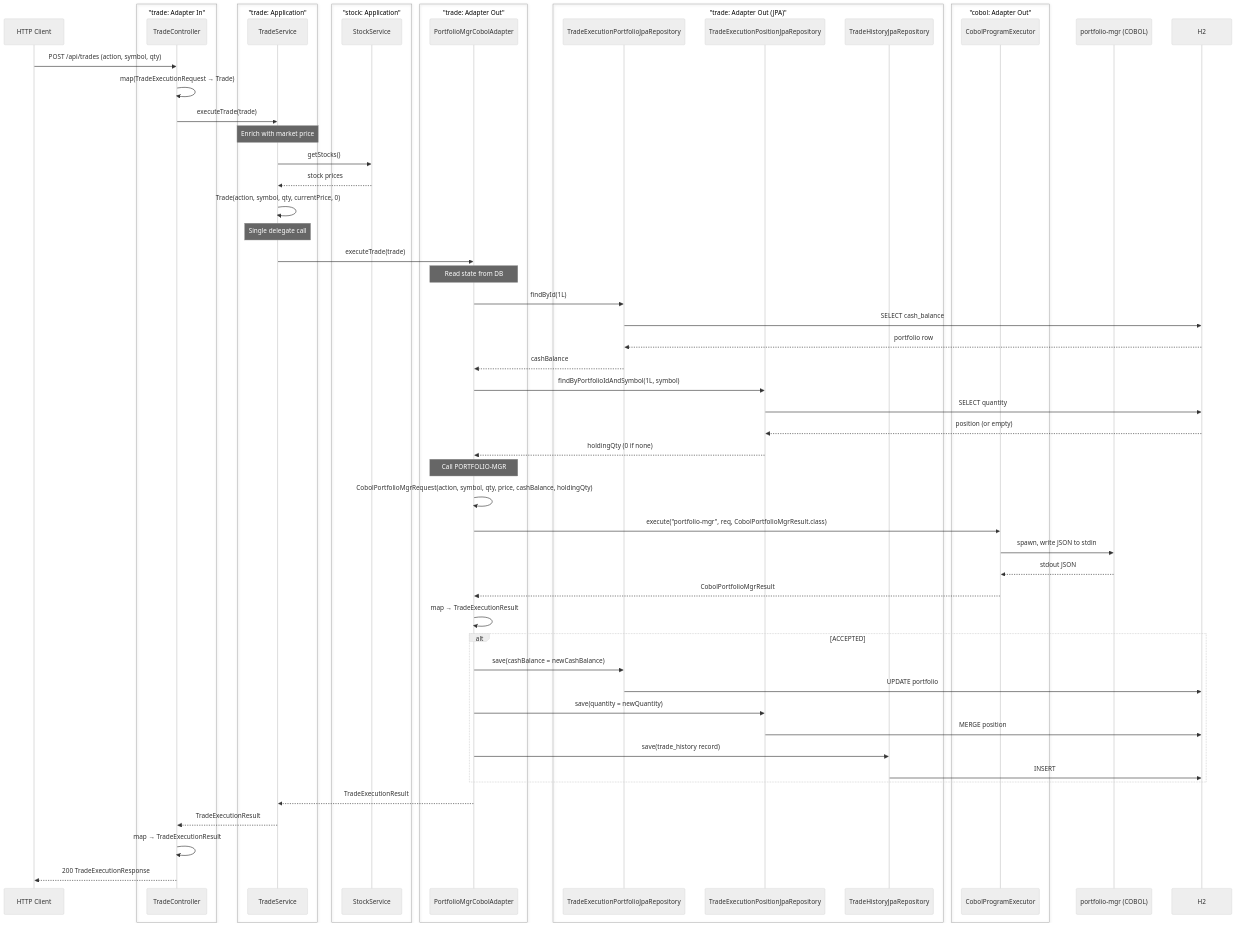
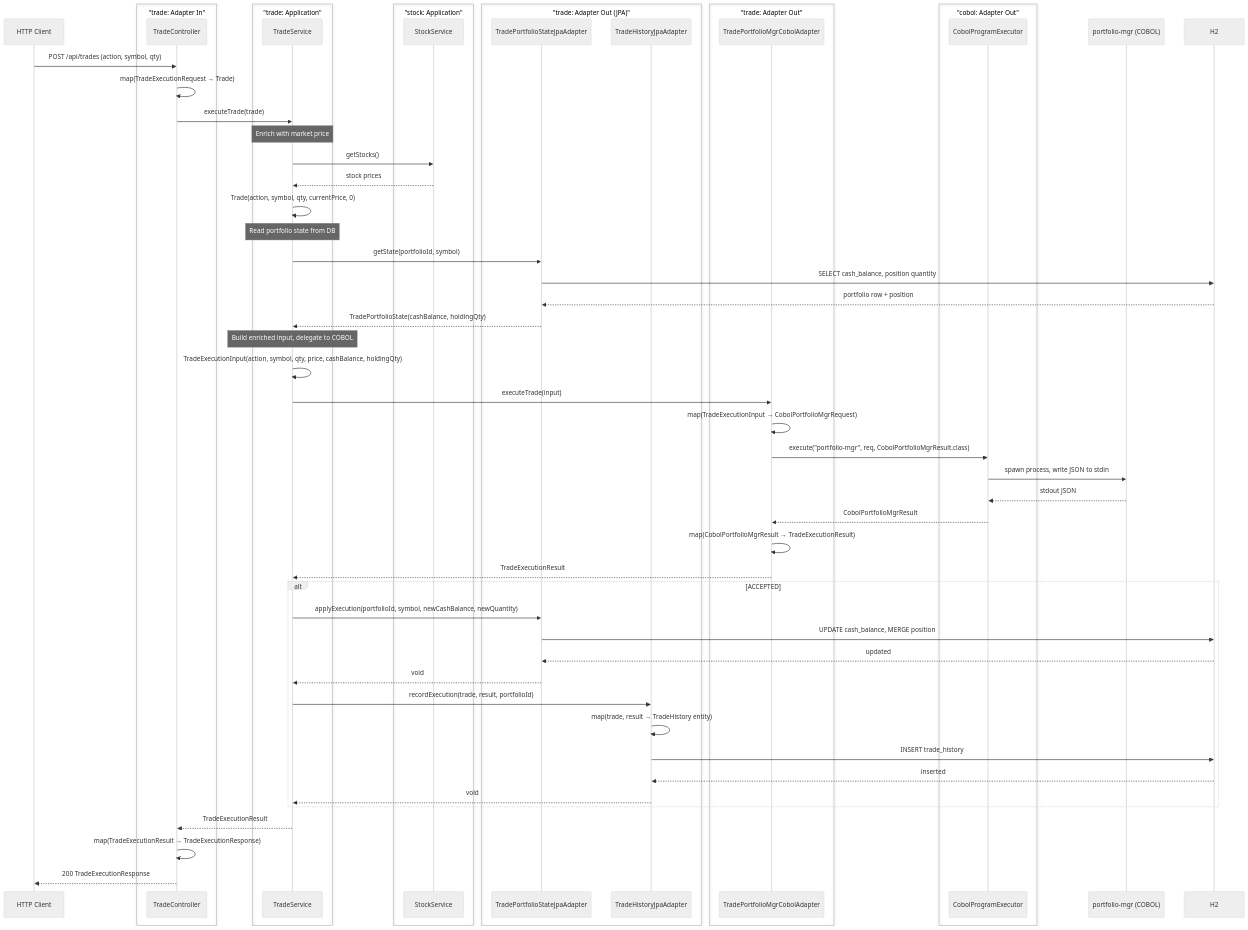
The eighth of 11 diagrams in stonks_java/README.md (franBec/stonks-simulator), drawn with Mermaid (neutral theme) before and after one commit. The commit also changed other lines of this file, not shown here.

First line of the commit message:
Update README module architecture diagram and end-to-end flow documentation

````diff
--- a/stonks_java/README.md
+++ b/stonks_java/README.md
@@ -307,71 +348,67 @@
 ```mermaid
 sequenceDiagram
     participant Client as HTTP Client
     box "trade: Adapter In"
     participant TC as TradeController
     end
     box "trade: Application"
     participant TS as TradeService
     end
     box "stock: Application"
     participant SS as StockService
     end
+    box "trade: Adapter Out (JPA)"
+    participant TPSJA as TradePortfolioStateJpaAdapter
+    participant THJA as TradeHistoryJpaAdapter
+    end
     box "trade: Adapter Out"
-    participant PMA as PortfolioMgrCobolAdapter
-    end
-    box "trade: Adapter Out (JPA)"
-    participant TEPR as TradeExecutionPortfolioJpaRepository
-    participant TEPR2 as TradeExecutionPositionJpaRepository
-    participant THR as TradeHistoryJpaRepository
+    participant TPMCA as TradePortfolioMgrCobolAdapter
     end
     box "cobol: Adapter Out"
     participant CPE as CobolProgramExecutor
     end
     participant COBOL as portfolio-mgr (COBOL)
     participant DB as H2
 
     Client->>TC: POST /api/trades (action, symbol, qty)
     TC->>TC: map(TradeExecutionRequest → Trade)
     TC->>TS: executeTrade(trade)
 
     Note over TS: Enrich with market price
     TS->>SS: getStocks()
     SS-->>TS: stock prices
     TS->>TS: Trade(action, symbol, qty, currentPrice, 0)
 
-    Note over TS: Single delegate call
-    TS->>PMA: executeTrade(trade)
+    Note over TS: Read portfolio state from DB
+    TS->>TPSJA: getState(portfolioId, symbol)
+    TPSJA->>DB: SELECT cash_balance, position quantity
+    DB-->>TPSJA: portfolio row + position
+    TPSJA-->>TS: TradePortfolioState(cashBalance, holdingQty)
 
-    Note over PMA: Read state from DB
-    PMA->>TEPR: findById(1L)
-    TEPR->>DB: SELECT cash_balance
-    DB-->>TEPR: portfolio row
-    TEPR-->>PMA: cashBalance
-
-    PMA->>TEPR2: findByPortfolioIdAndSymbol(1L, symbol)
-    TEPR2->>DB: SELECT quantity
-    DB-->>TEPR2: position (or empty)
-    TEPR2-->>PMA: holdingQty (0 if none)
-
-    Note over PMA: Call PORTFOLIO-MGR
-    PMA->>PMA: CobolPortfolioMgrRequest(action, symbol, qty, price, cashBalance, holdingQty)
-    PMA->>CPE: execute("portfolio-mgr", req, CobolPortfolioMgrResult.class)
-    CPE->>COBOL: spawn, write JSON to stdin
+    Note over TS: Build enriched input, delegate to COBOL
+    TS->>TS: TradeExecutionInput(action, symbol, qty, price, cashBalance, holdingQty)
+    TS->>TPMCA: executeTrade(input)
+    TPMCA->>TPMCA: map(TradeExecutionInput → CobolPortfolioMgrRequest)
+    TPMCA->>CPE: execute("portfolio-mgr", req, CobolPortfolioMgrResult.class)
+    CPE->>COBOL: spawn process, write JSON to stdin
     COBOL-->>CPE: stdout JSON
-    CPE-->>PMA: CobolPortfolioMgrResult
-    PMA->>PMA: map → TradeExecutionResult
+    CPE-->>TPMCA: CobolPortfolioMgrResult
+    TPMCA->>TPMCA: map(CobolPortfolioMgrResult → TradeExecutionResult)
+    TPMCA-->>TS: TradeExecutionResult
 
     alt ACCEPTED
-        PMA->>TEPR: save(cashBalance = newCashBalance)
-        TEPR->>DB: UPDATE portfolio
-        PMA->>TEPR2: save(quantity = newQuantity)
-        TEPR2->>DB: MERGE position
-        PMA->>THR: save(trade_history record)
-        THR->>DB: INSERT
+        TS->>TPSJA: applyExecution(portfolioId, symbol, newCashBalance, newQuantity)
+        TPSJA->>DB: UPDATE cash_balance, MERGE position
+        DB-->>TPSJA: updated
+        TPSJA-->>TS: void
+        TS->>THJA: recordExecution(trade, result, portfolioId)
+        THJA->>THJA: map(trade, result → TradeHistory entity)
+        THJA->>DB: INSERT trade_history
+        DB-->>THJA: inserted
+        THJA-->>TS: void
     end
 
-    PMA-->>TS: TradeExecutionResult
     TS-->>TC: TradeExecutionResult
-    TC->>TC: map → TradeExecutionResult
+    TC->>TC: map(TradeExecutionResult → TradeExecutionResponse)
     TC-->>Client: 200 TradeExecutionResponse
 ```
````
